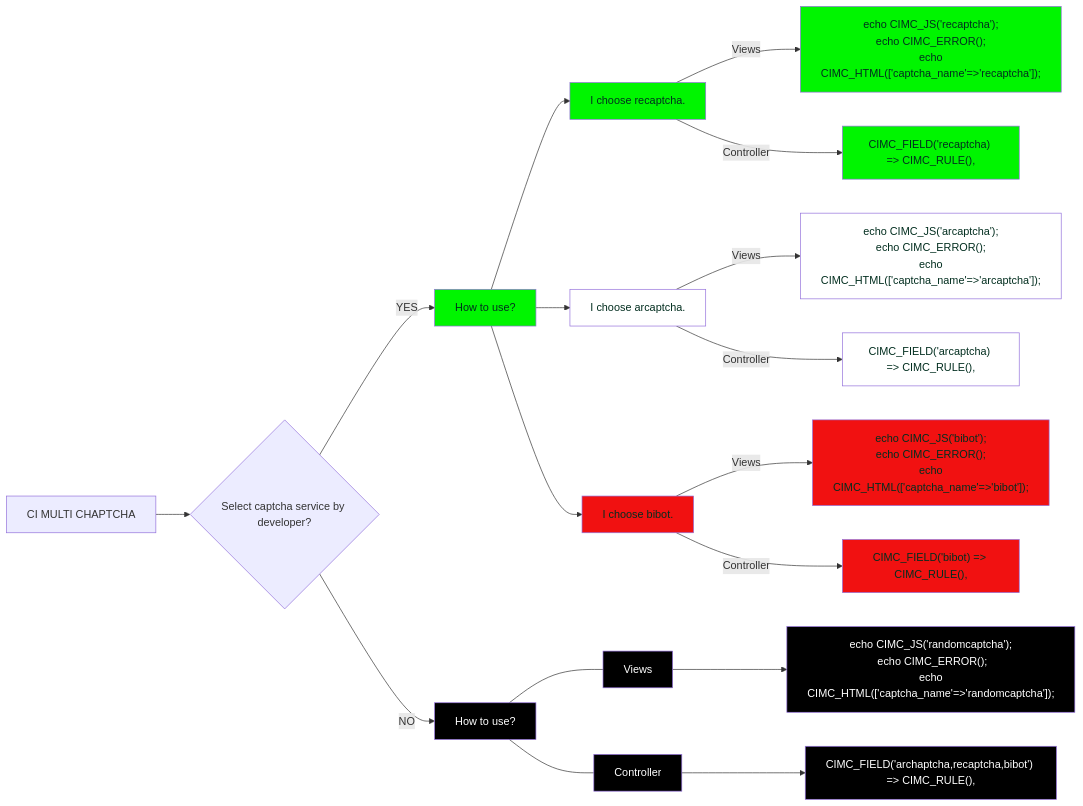
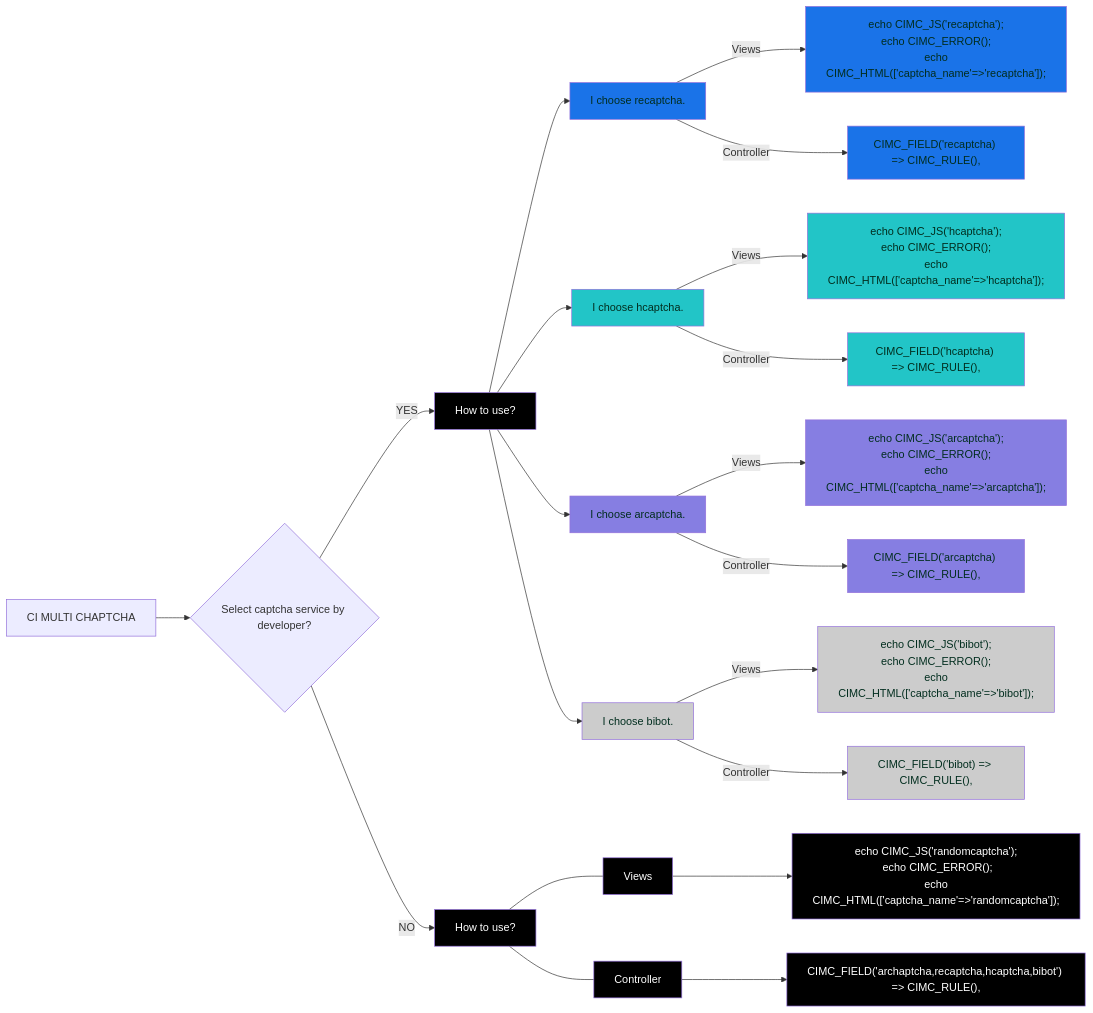
Before and after one commit to datamweb/codeigniter-multi-captcha: the diagram in README.md, drawn with Mermaid. The commit also changed other lines of this file, not shown here.

Commit message:
Update README.md
Update for hcaptcha.

````diff
--- a/README.md
+++ b/README.md
@@ -39,25 +39,30 @@
 ```mermaid
   flowchart LR;
       A[CI MULTI CHAPTCHA]-->B{Select captcha service by developer?};
-      classDef green color:#022e1f,fill:#00f500;
-      classDef red color:#022e1f,fill:#f11111;
-      classDef white color:#022e1f,fill:#fff;
+      classDef c-Rc color:#022e1f,fill:#1a73e8;
+      classDef c-Hc color:#022e1f,fill:#22c5c7;
+      classDef c-Ac color:#022e1f,fill:#867ee2;
+      classDef c-Bc color:#022e1f,fill:#ccc;
       classDef black color:#fff,fill:#000;
-      B--YES-->C[How to use?]:::green;
+      B--YES-->C[How to use?]:::black;
       
-      C-->U[I choose recaptcha.]:::green;
-      U--Views-->Q["echo CIMC_JS('recaptcha');\n echo CIMC_ERROR(); \n echo CIMC_HTML(['captcha_name'=>'recaptcha']);"]:::green;
-      U--Controller-->W["CIMC_FIELD('recaptcha) => CIMC_RULE(),"]:::green;
+      C-->U[I choose recaptcha.]:::c-Rc;
+      U--Views-->Q["echo CIMC_JS('recaptcha');\n echo CIMC_ERROR(); \n echo CIMC_HTML(['captcha_name'=>'recaptcha']);"]:::c-Rc;
+      U--Controller-->W["CIMC_FIELD('recaptcha) => CIMC_RULE(),"]:::c-Rc;
+
+      C-->H[I choose hcaptcha.]:::c-Hc;
+      H--Views-->J["echo CIMC_JS('hcaptcha');\n echo CIMC_ERROR(); \n echo CIMC_HTML(['captcha_name'=>'hcaptcha']);"]:::c-Hc;
+      H--Controller-->G["CIMC_FIELD('hcaptcha) => CIMC_RULE(),"]:::c-Hc;
       
-      C-->I[I choose arcaptcha.]:::white;
-      I--Views-->O["echo CIMC_JS('arcaptcha');\n echo CIMC_ERROR(); \n echo CIMC_HTML(['captcha_name'=>'arcaptcha']);"]:::white;
-      I--Controller-->P["CIMC_FIELD('arcaptcha) => CIMC_RULE(),"]:::white;
+      C-->I[I choose arcaptcha.]:::c-Ac;
+      I--Views-->O["echo CIMC_JS('arcaptcha');\n echo CIMC_ERROR(); \n echo CIMC_HTML(['captcha_name'=>'arcaptcha']);"]:::c-Ac;
+      I--Controller-->P["CIMC_FIELD('arcaptcha) => CIMC_RULE(),"]:::c-Ac;
       
-      C-->X[I choose bibot.]:::red;
-      X--Views-->V["echo CIMC_JS('bibot');\n echo CIMC_ERROR(); \n echo CIMC_HTML(['captcha_name'=>'bibot']);"]:::red;
-      X--Controller-->N["CIMC_FIELD('bibot) => CIMC_RULE(),"]:::red;
+      C-->X[I choose bibot.]:::c-Bc;
+      X--Views-->V["echo CIMC_JS('bibot');\n echo CIMC_ERROR(); \n echo CIMC_HTML(['captcha_name'=>'bibot']);"]:::c-Bc;
+      X--Controller-->N["CIMC_FIELD('bibot) => CIMC_RULE(),"]:::c-Bc;
       
       B--NO-->D[How to use?]:::black;
       D---Views:::black-->F["echo CIMC_JS('randomcaptcha');\n echo CIMC_ERROR();\n echo CIMC_HTML(['captcha_name'=>'randomcaptcha']);"]:::black; 
-      D---Controller:::black-->T["CIMC_FIELD('archaptcha,recaptcha,bibot') => CIMC_RULE(),"]:::black; 
+      D---Controller:::black-->T["CIMC_FIELD('archaptcha,recaptcha,hcaptcha,bibot') => CIMC_RULE(),"]:::black; 
 ```
````
